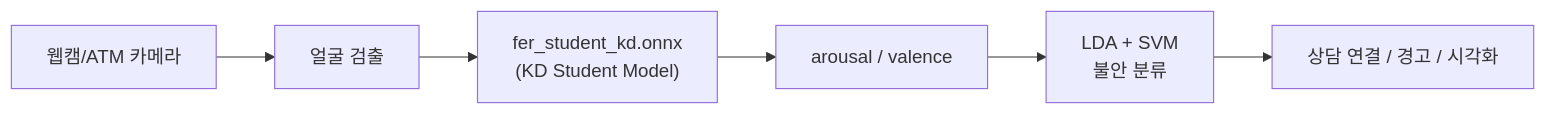
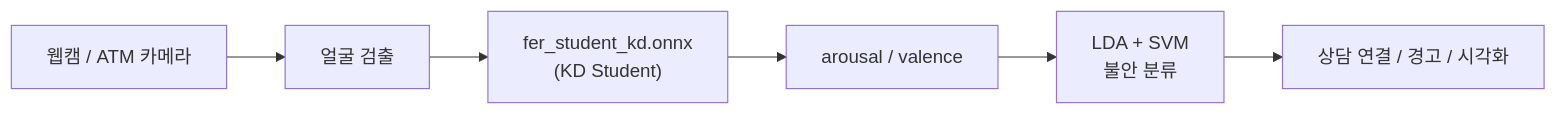
One commit to sukoji/emonet-anxiety-detection changed the diagram in README.md. Above: the diagram before and after it, drawn with Mermaid. The commit also changed other lines of this file and 1 other file, not shown here.

````diff
--- a/README.md
+++ b/README.md
@@ -58,8 +73,8 @@
 ```mermaid
 flowchart LR
-    CAM["웹캠/ATM 카메라"] --> FACE["얼굴 검출"]
-    FACE --> KD["fer_student_kd.onnx\n(KD Student Model)"]
+    CAM["웹캠 / ATM 카메라"] --> FACE["얼굴 검출"]
+    FACE --> KD["fer_student_kd.onnx<br/>(KD Student)"]
     KD --> AV["arousal / valence"]
-    AV --> LDA["LDA + SVM\n불안 분류"]
+    AV --> LDA["LDA + SVM<br/>불안 분류"]
     LDA --> ACT["상담 연결 / 경고 / 시각화"]
 ```
````
